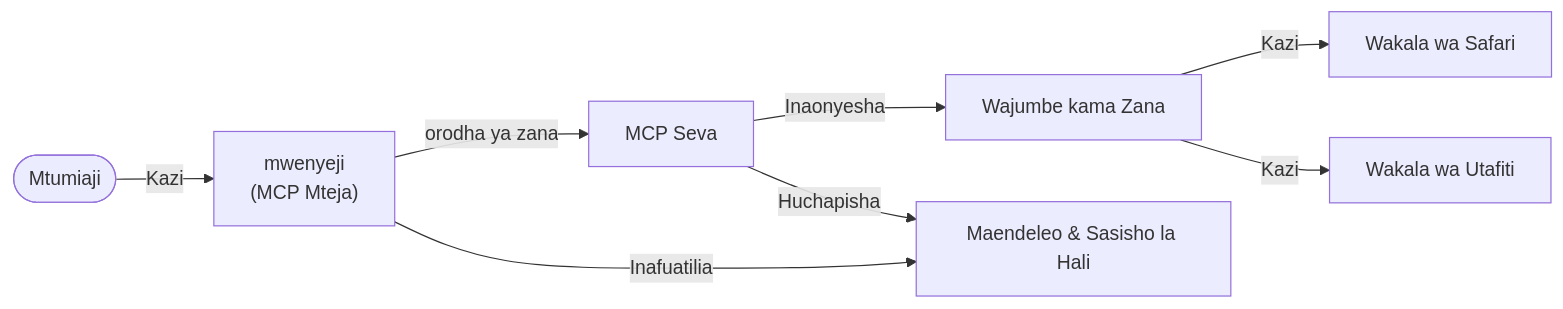
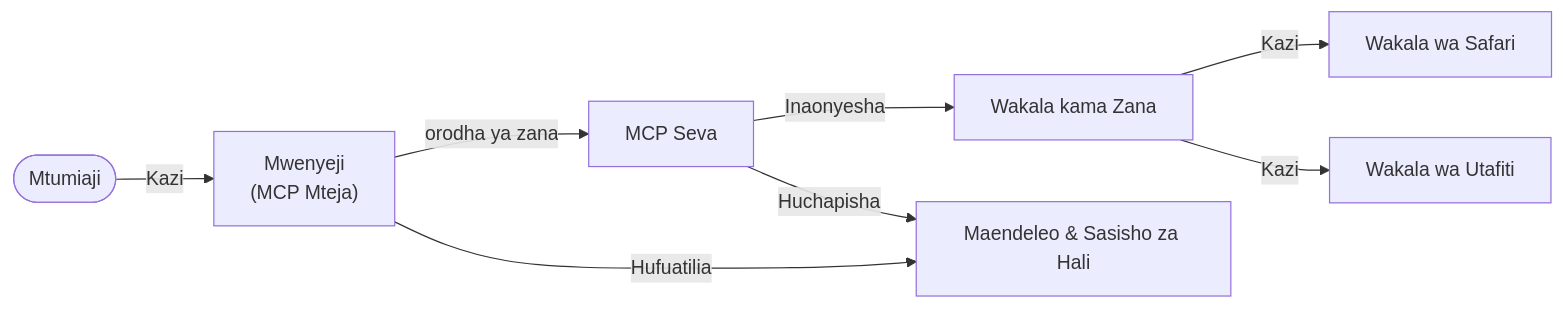
One commit to gabrielmoreira/agent-skills-mirror changed the fifth of 5 diagrams in mirrors/repos/microsoft@ai-agents-for-beginners/translations/sw/11-agentic-protocols/code_samples/mcp-agents/README.md. Above: the diagram before and after it, drawn with Mermaid. The commit also changed other lines of this file and 4262 other files, not shown here.

````diff
--- a/mirrors/repos/microsoft@ai-agents-for-beginners/translations/sw/11-agentic-protocols/code_samples/mcp-agents/README.md
+++ b/mirrors/repos/microsoft@ai-agents-for-beginners/translations/sw/11-agentic-protocols/code_samples/mcp-agents/README.md
@@ -433,15 +448,15 @@
 ```mermaid
 graph LR
-    User([Mtumiaji]) -->|"Kazi"| Host[" mwenyeji<br/>(MCP Mteja)"]
+    User([Mtumiaji]) -->|"Kazi"| Host["Mwenyeji<br/>(MCP Mteja)"]
     Host -->|orodha ya zana| Server[MCP Seva]
-    Server -->|Inaonyesha| AgentsTools[Wajumbe kama Zana]
+    Server -->|Inaonyesha| AgentsTools[Wakala kama Zana]
     AgentsTools -->|Kazi| AgentA[Wakala wa Safari]
     AgentsTools -->|Kazi| AgentB[Wakala wa Utafiti]
 
-    Host -->|Inafuatilia| StateUpdates[Maendeleo & Sasisho la Hali]
+    Host -->|Hufuatilia| StateUpdates[Maendeleo & Sasisho za Hali]
     Server -->|Huchapisha| StateUpdates
 
     class User user;
     class AgentA,AgentB agent;
     class Host,Server,StateUpdates core;
 ```
````
